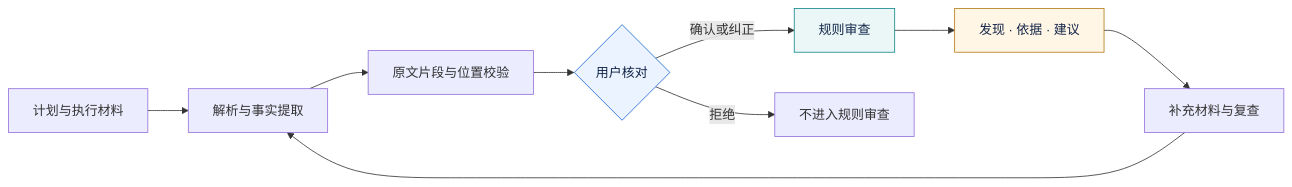
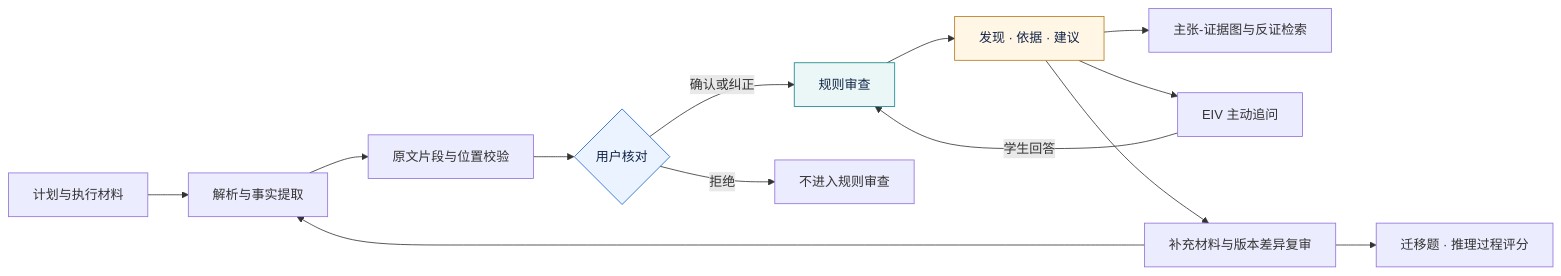
The diagram in README.md (lWinsonl/Yanzheng-ExperimentGuard), drawn with Mermaid before and after one commit. The commit also changed other lines of this file and 28 other files, not shown here.

First line of the commit message:
Add claim evidence graphs, ranked followups, and learning transfer assessment

````diff
--- a/README.md
+++ b/README.md
@@ -104,14 +126,18 @@
 ```mermaid
 flowchart LR
     A[计划与执行材料] --> B[解析与事实提取]
     B --> C[原文片段与位置校验]
     C --> D{用户核对}
     D -->|确认或纠正| E[规则审查]
     D -->|拒绝| F[不进入规则审查]
     E --> G[发现 · 依据 · 建议]
-    G --> H[补充材料与复查]
+    G --> I[主张-证据图与反证检索]
+    G --> J[EIV 主动追问]
+    J -->|学生回答| E
+    G --> H[补充材料与版本差异复审]
     H --> B
+    H --> K[迁移题 · 推理过程评分]
     style D fill:#eaf3ff,stroke:#1765cc,color:#122447
     style E fill:#eaf7f6,stroke:#11858b,color:#122447
     style G fill:#fff6e6,stroke:#b67a18,color:#122447
 ```
````
